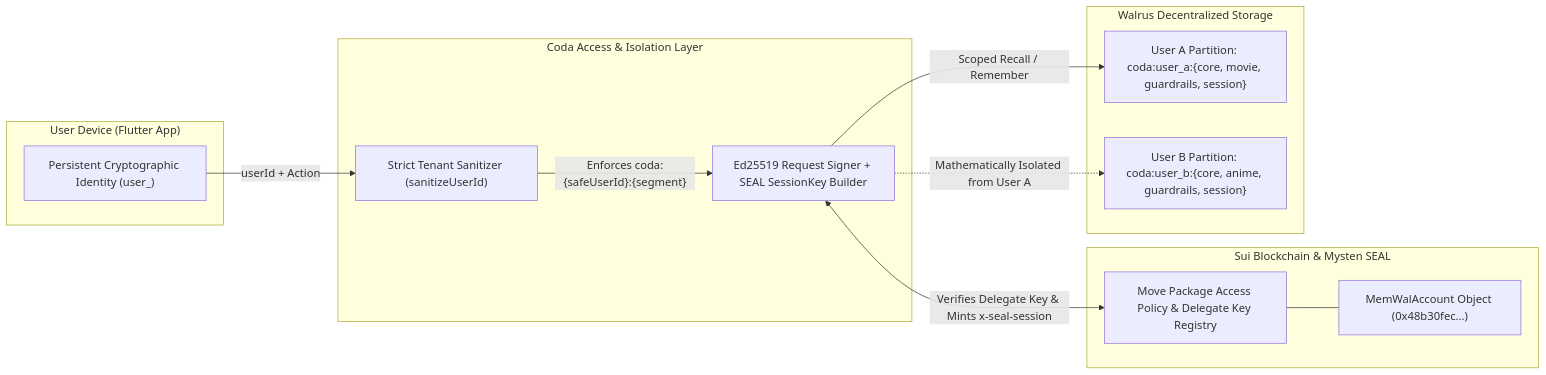
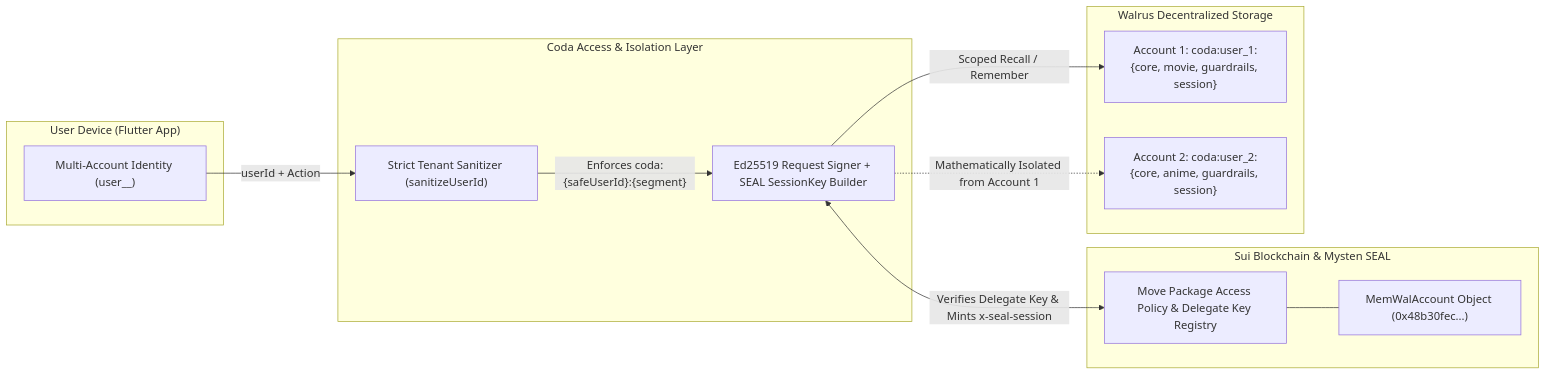
The first of 2 diagrams in README.md (chief-07/Coda-Personal-Media-Taste-Curator), drawn with Mermaid before and after one commit. The commit also changed other lines of this file, not shown here.

Commit message:
docs: update README with full Walrus memory architecture, 4-probe soul traversal, and app-wide memory flows

````diff
--- a/README.md
+++ b/README.md
@@ -76,28 +93,28 @@
 ```mermaid
 flowchart LR
     subgraph Client["User Device (Flutter App)"]
-        UUID["Persistent Cryptographic Identity (user_<uuidv4>)"]
+        UUID["Multi-Account Identity (user_<timestamp>_<hex>)"]
     end
 
     subgraph Gateway["Coda Access & Isolation Layer"]
         Sanitizer["Strict Tenant Sanitizer (sanitizeUserId)"]
         Signer["Ed25519 Request Signer + SEAL SessionKey Builder"]
     end
 
     subgraph Sui["Sui Blockchain & Mysten SEAL"]
         Account["MemWalAccount Object (0x48b30fec...)"]
         Policy["Move Package Access Policy & Delegate Key Registry"]
     end
 
     subgraph Walrus["Walrus Decentralized Storage"]
-        U1["User A Partition: coda:user_a:{core, movie, guardrails, session}"]
-        U2["User B Partition: coda:user_b:{core, anime, guardrails, session}"]
+        U1["Account 1: coda:user_1:{core, movie, guardrails, session}"]
+        U2["Account 2: coda:user_2:{core, anime, guardrails, session}"]
     end
 
     UUID -->|"userId + Action"| Sanitizer
     Sanitizer -->|"Enforces coda:{safeUserId}:{segment}"| Signer
     Signer <-->|"Verifies Delegate Key & Mints x-seal-session"| Policy
     Policy --- Account
     Signer -->|"Scoped Recall / Remember"| U1
-    Signer -.->|"Mathematically Isolated from User A"| U2
+    Signer -.->|"Mathematically Isolated from Account 1"| U2
 ```
````
